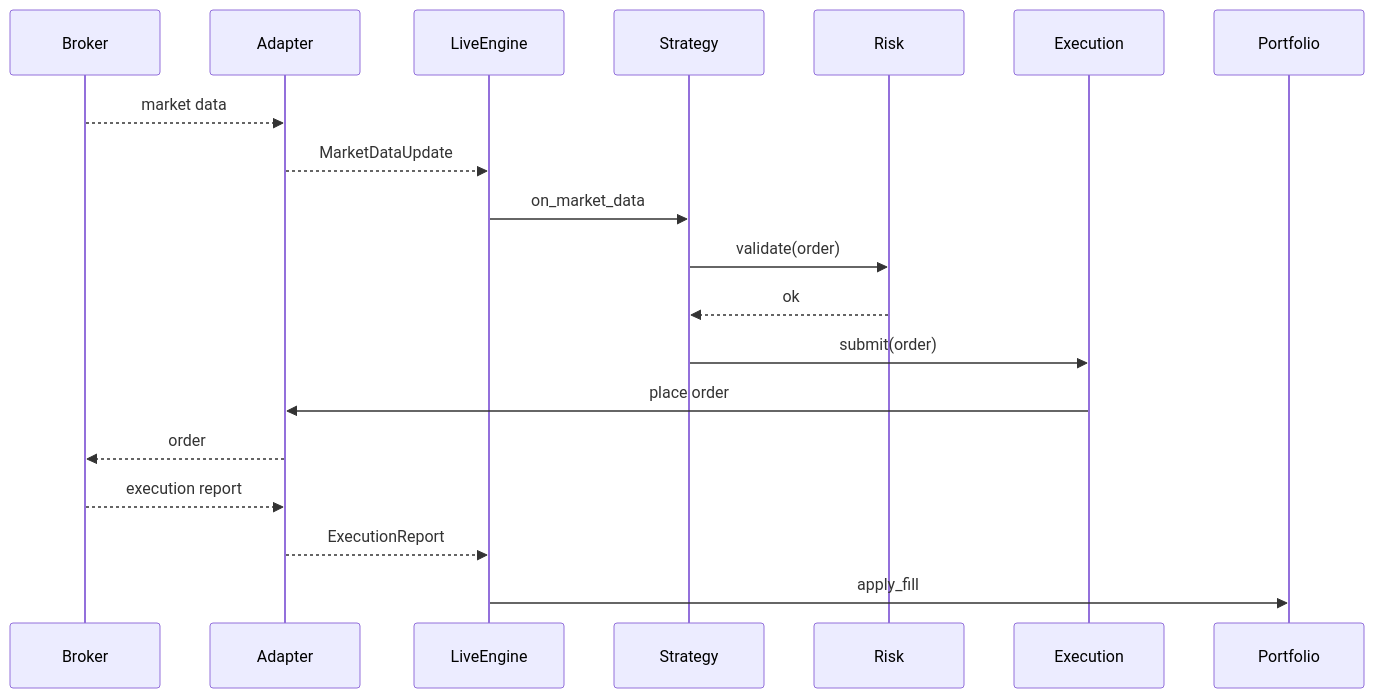
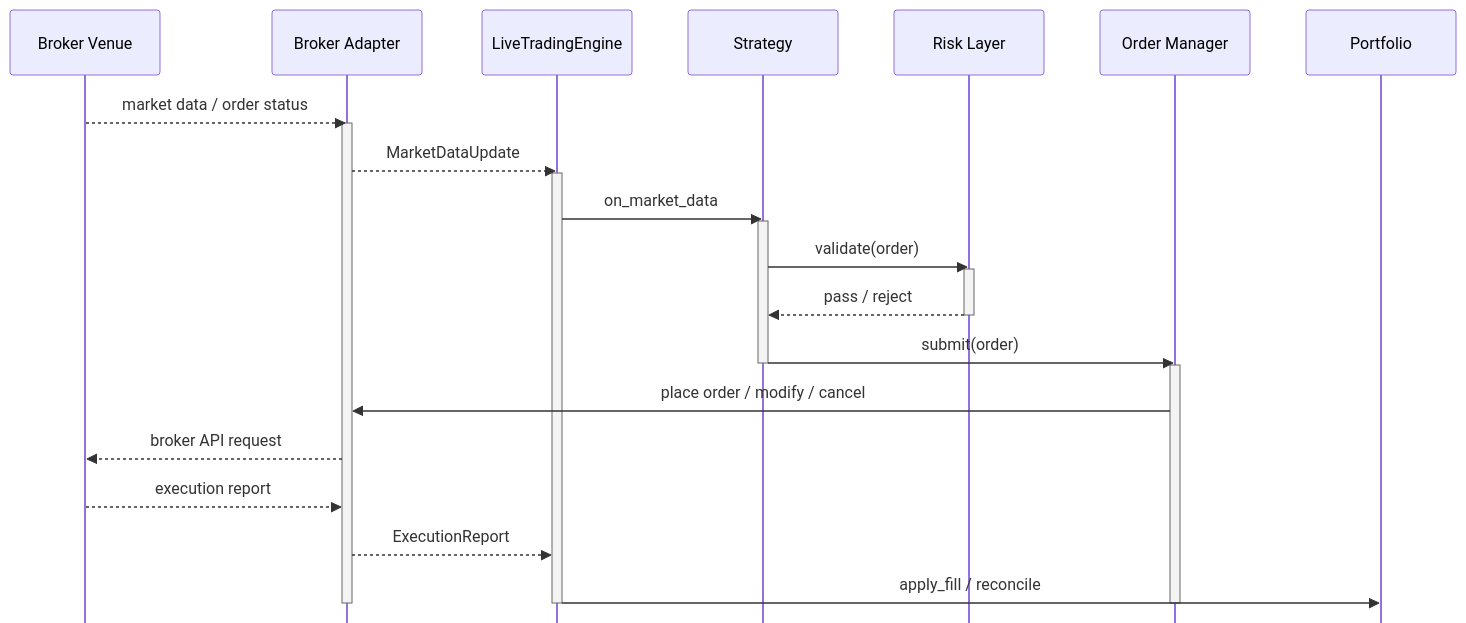
One commit to gregorian-09/regime-flow changed the diagram in docs/diagrams/sequence-live.md. Above: the diagram before and after it, drawn with Mermaid. The commit also changed 7 other files, not shown here.

Commit message:
docs(diagrams): improve mermaid rendering and styling

````diff
--- a/docs/diagrams/sequence-live.md
+++ b/docs/diagrams/sequence-live.md
@@ -3,22 +3,33 @@
 ```mermaid
+%%{init: {"sequence": {"mirrorActors": false, "actorMargin": 56, "messageMargin": 28}}}%%
 sequenceDiagram
-  participant Broker
-  participant Adapter
-  participant LiveEngine
-  participant Strategy
-  participant Risk
-  participant Execution
-  participant Portfolio
+  participant Broker as Broker Venue
+  participant Adapter as Broker Adapter
+  participant LiveEngine as LiveTradingEngine
+  participant Strategy as Strategy
+  participant Risk as Risk Layer
+  participant Execution as Order Manager
+  participant Portfolio as Portfolio
 
-  Broker-->>Adapter: market data
+  Broker-->>Adapter: market data / order status
+  activate Adapter
   Adapter-->>LiveEngine: MarketDataUpdate
+  activate LiveEngine
   LiveEngine->>Strategy: on_market_data
+  activate Strategy
   Strategy->>Risk: validate(order)
-  Risk-->>Strategy: ok
+  activate Risk
+  Risk-->>Strategy: pass / reject
+  deactivate Risk
   Strategy->>Execution: submit(order)
-  Execution->>Adapter: place order
-  Adapter-->>Broker: order
+  deactivate Strategy
+  activate Execution
+  Execution->>Adapter: place order / modify / cancel
+  Adapter-->>Broker: broker API request
   Broker-->>Adapter: execution report
   Adapter-->>LiveEngine: ExecutionReport
-  LiveEngine->>Portfolio: apply_fill
+  LiveEngine->>Portfolio: apply_fill / reconcile
+  deactivate Execution
+  deactivate LiveEngine
+  deactivate Adapter
 ```
````
